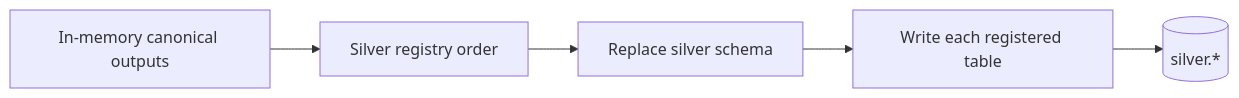
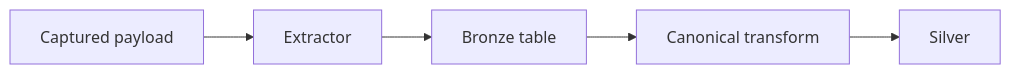
The third of 7 diagrams in docs/architecture/warehouse-architecture.md (tks18/personal-finance-etl), drawn with Mermaid before and after one commit. The commit also changed other lines of this file and 10 other files, not shown here.

Commit message:
docs: update docs/architecture for latest version

````diff
--- a/docs/architecture/warehouse-architecture.md
+++ b/docs/architecture/warehouse-architecture.md
@@ -218,7 +101,7 @@
 ```mermaid
 flowchart LR
-    DFS[In-memory canonical outputs] --> REG[Silver registry order]
-    REG --> DROP[Replace silver schema]
-    DROP --> WRITE[Write each registered table]
-    WRITE --> S[(silver.*)]
+    P[Captured payload] --> X[Extractor]
+    X --> B[Bronze table]
+    B --> T[Canonical transform]
+    T --> S[Silver]
 ```
````
